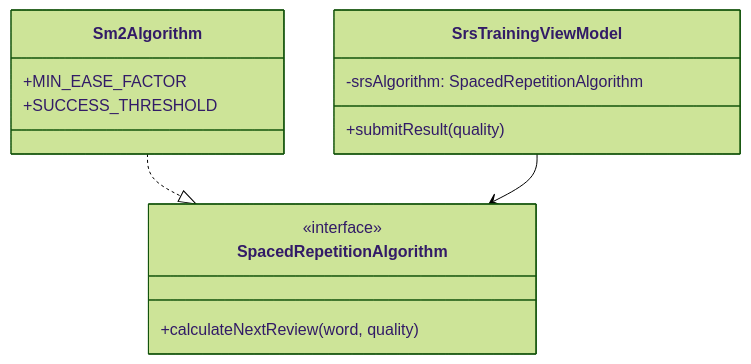
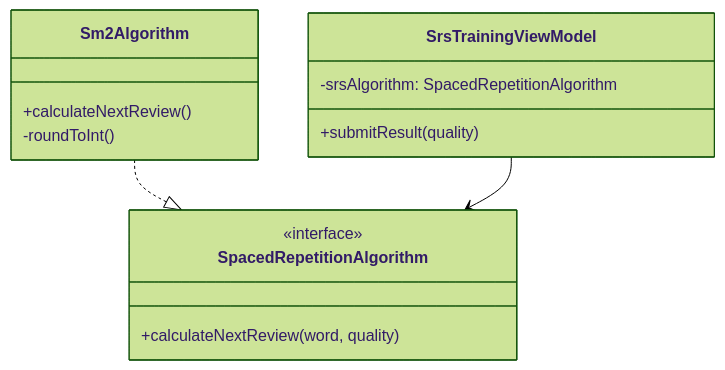
Before and after one commit to ursusandwolf/langkraft: the fifth of 6 diagrams in docs/UML.md, drawn with Mermaid (forest theme). The commit also changed other lines of this file and 27 other files, not shown here.

````diff
--- a/docs/UML.md
+++ b/docs/UML.md
@@ -91,18 +125,18 @@
 ```mermaid
 classDiagram
     class SpacedRepetitionAlgorithm {
         <<interface>>
         +calculateNextReview(word, quality)
     }
     class Sm2Algorithm {
-        +MIN_EASE_FACTOR
-        +SUCCESS_THRESHOLD
+        +calculateNextReview()
+        -roundToInt()
     }
     class SrsTrainingViewModel {
         -srsAlgorithm: SpacedRepetitionAlgorithm
         +submitResult(quality)
     }
 
     Sm2Algorithm ..|> SpacedRepetitionAlgorithm
     SrsTrainingViewModel --> SpacedRepetitionAlgorithm
 ```
````
